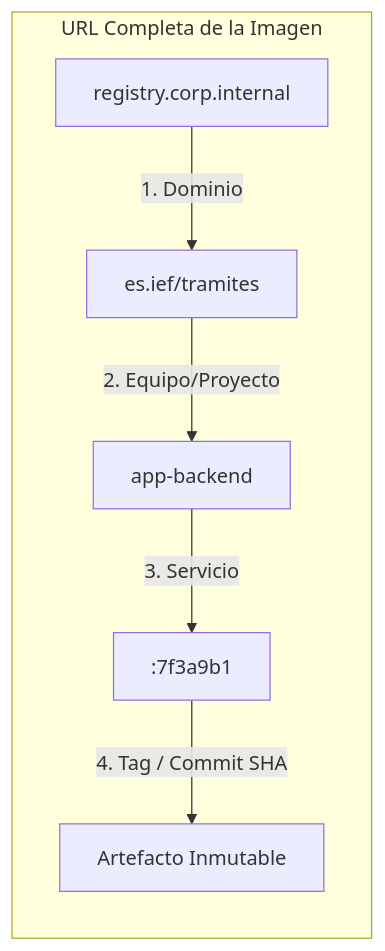
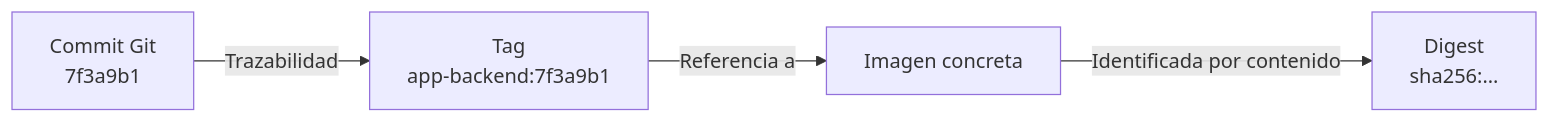
One commit to ieftraining/curso-openshift changed the second of 4 diagrams in docs/sesion4/4.4 Registro, gestión y seguridad de imágenes.md. Above: the diagram before and after it, drawn with Mermaid. The commit also changed other lines of this file, not shown here.

````diff
--- a/docs/sesion4/4.4 Registro, gestión y seguridad de imágenes.md
+++ b/docs/sesion4/4.4 Registro, gestión y seguridad de imágenes.md
@@ -52,9 +159,6 @@
 ```mermaid
 flowchart LR
-    subgraph URL Completa de la Imagen
-        A[registry.corp.internal] -->|1. Dominio| B[es.ief/tramites]
-        B -->|2. Equipo/Proyecto| C[app-backend]
-        C -->|3. Servicio| D[:7f3a9b1]
-        D -->|4. Tag / Commit SHA| E[Artefacto Inmutable]
-    end
+    A[Commit Git<br>7f3a9b1] -->|Trazabilidad| B[Tag<br>app-backend:7f3a9b1]
+    B -->|Referencia a| C[Imagen concreta]
+    C -->|Identificada por contenido| D[Digest<br>sha256:...]
 ```
````
